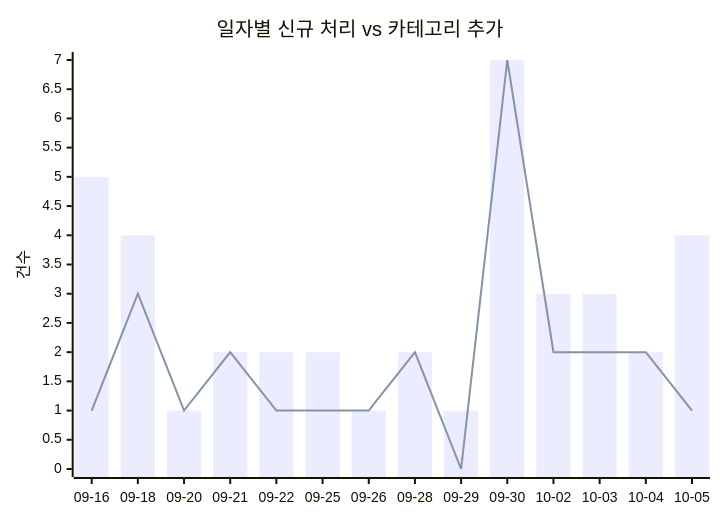
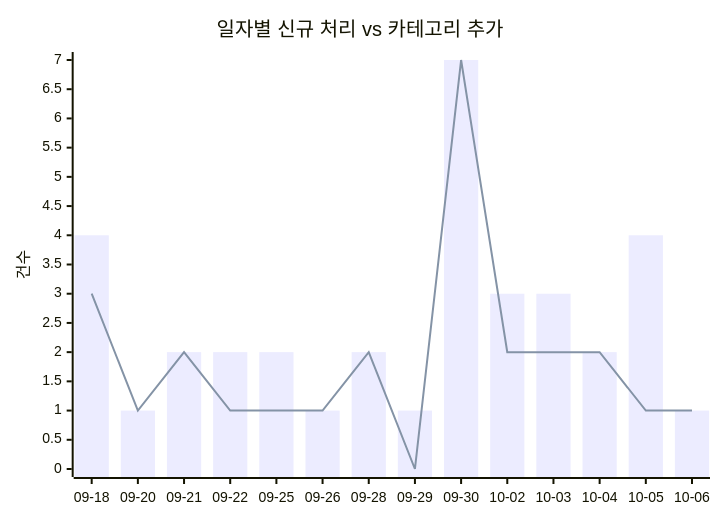
The first of 2 diagrams in docs/trends.md (J-nowcow/awesome-korean-agent-skills), drawn with Mermaid before and after one commit. The commit also changed other lines of this file and 27 other files, not shown here.

````diff
--- a/docs/trends.md
+++ b/docs/trends.md
@@ -32,8 +32,8 @@
 ```mermaid
 xychart-beta
     title "일자별 신규 처리 vs 카테고리 추가"
-    x-axis ["09-16","09-18","09-20","09-21","09-22","09-25","09-26","09-28","09-29","09-30","10-02","10-03","10-04","10-05"]
+    x-axis ["09-18","09-20","09-21","09-22","09-25","09-26","09-28","09-29","09-30","10-02","10-03","10-04","10-05","10-06"]
     y-axis "건수"
-    bar [5,4,1,2,2,2,1,2,1,7,3,3,2,4]
-    line [1,3,1,2,1,1,1,2,0,7,2,2,2,1]
+    bar [4,1,2,2,2,1,2,1,7,3,3,2,4,1]
+    line [3,1,2,1,1,1,2,0,7,2,2,2,1,1]
 ```
````
